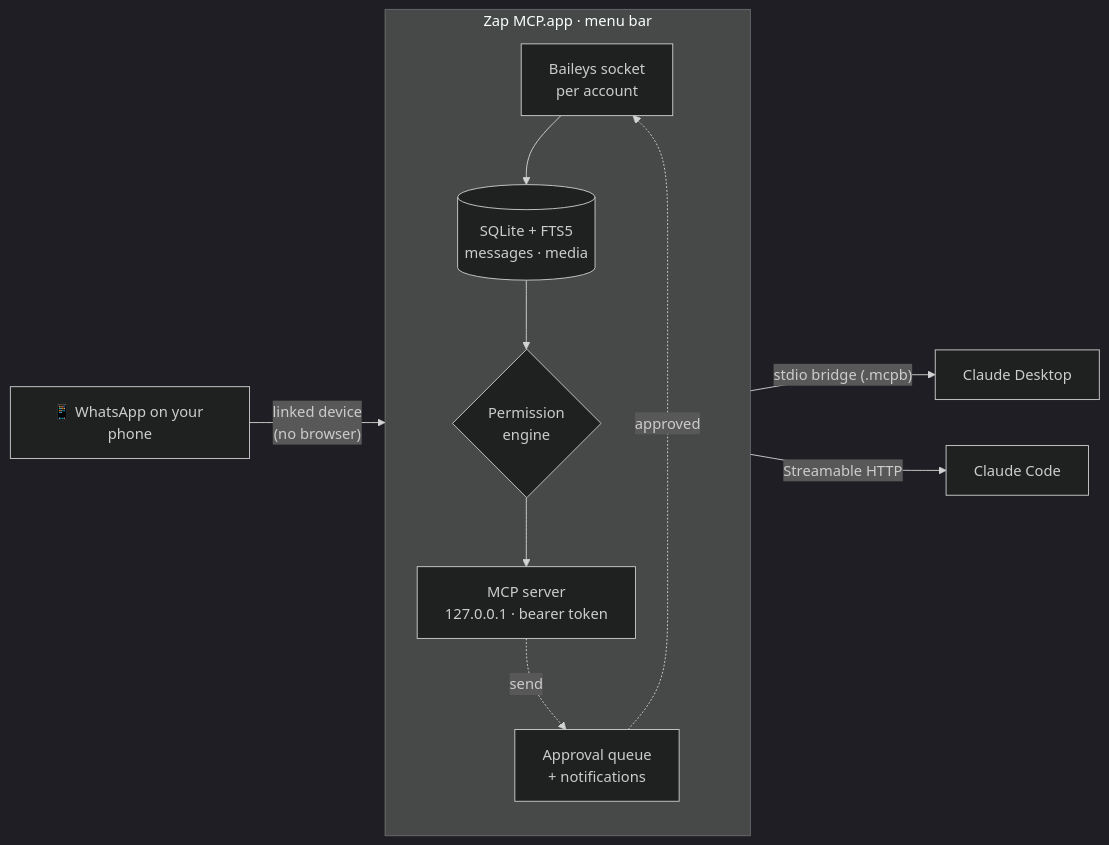
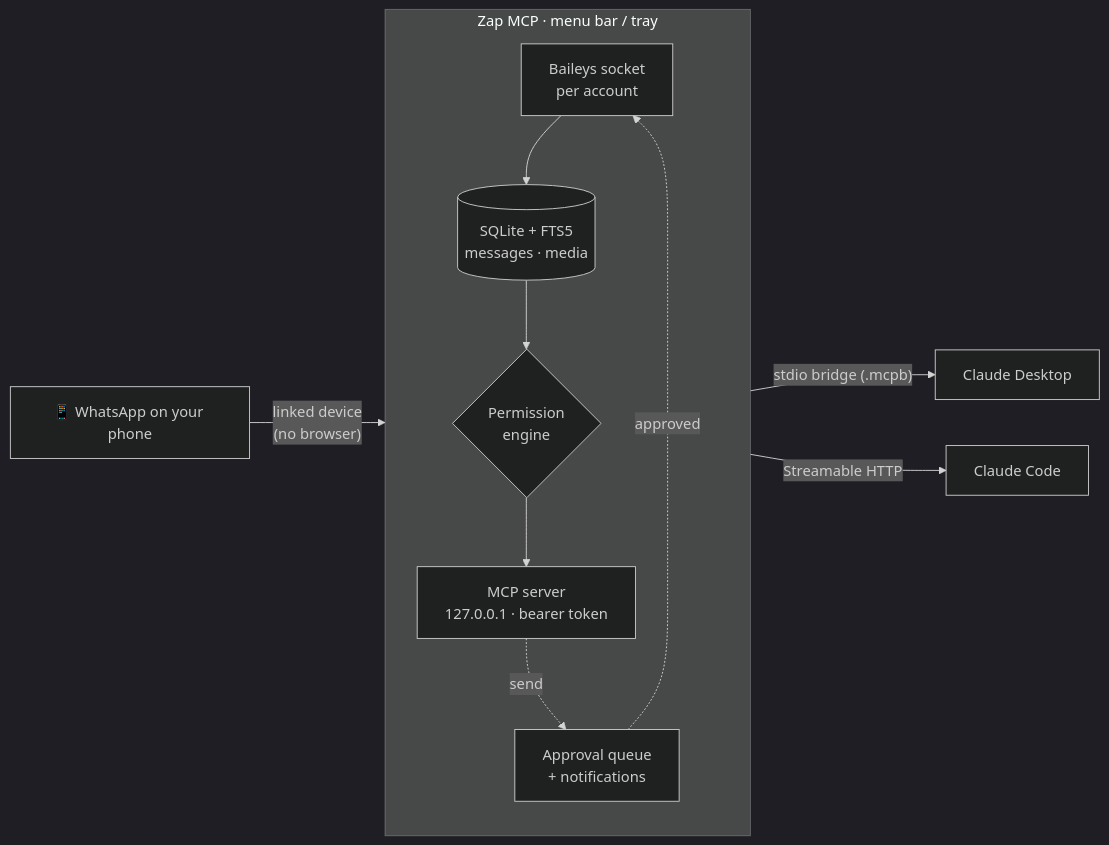
One commit to well-prado/zap-mcp changed the diagram in README.md. Above: the diagram before and after it, drawn with Mermaid (dark theme). The commit also changed other lines of this file and 14 other files, not shown here.

First line of the commit message:
Zap MCP 0.2.1: Windows and Linux builds

````diff
--- a/README.md
+++ b/README.md
@@ -59,16 +59,16 @@
 ```mermaid
 flowchart LR
   phone["📱 WhatsApp on your phone"] -- "linked device<br/>(no browser)" --> app
 
-  subgraph app["Zap MCP.app · menu bar"]
+  subgraph app["Zap MCP · menu bar / tray"]
     direction TB
     wa["Baileys socket<br/>per account"] --> db[("SQLite + FTS5<br/>messages · media")]
     db --> perm{"Permission<br/>engine"}
     perm --> mcp["MCP server<br/>127.0.0.1 · bearer token"]
     mcp -. "send" .-> queue["Approval queue<br/>+ notifications"]
     queue -. "approved" .-> wa
   end
 
   mcp -- "stdio bridge (.mcpb)" --> desktop["Claude Desktop"]
   mcp -- "Streamable HTTP" --> code["Claude Code"]
 ```
````
